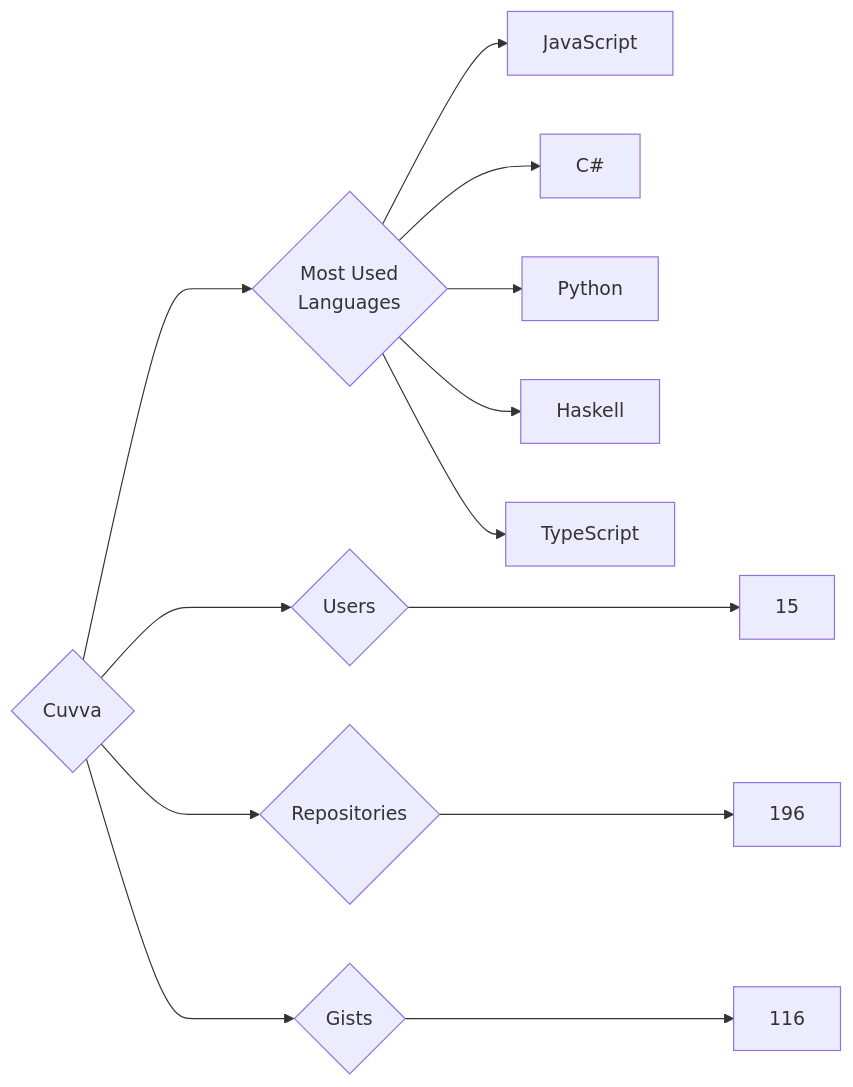
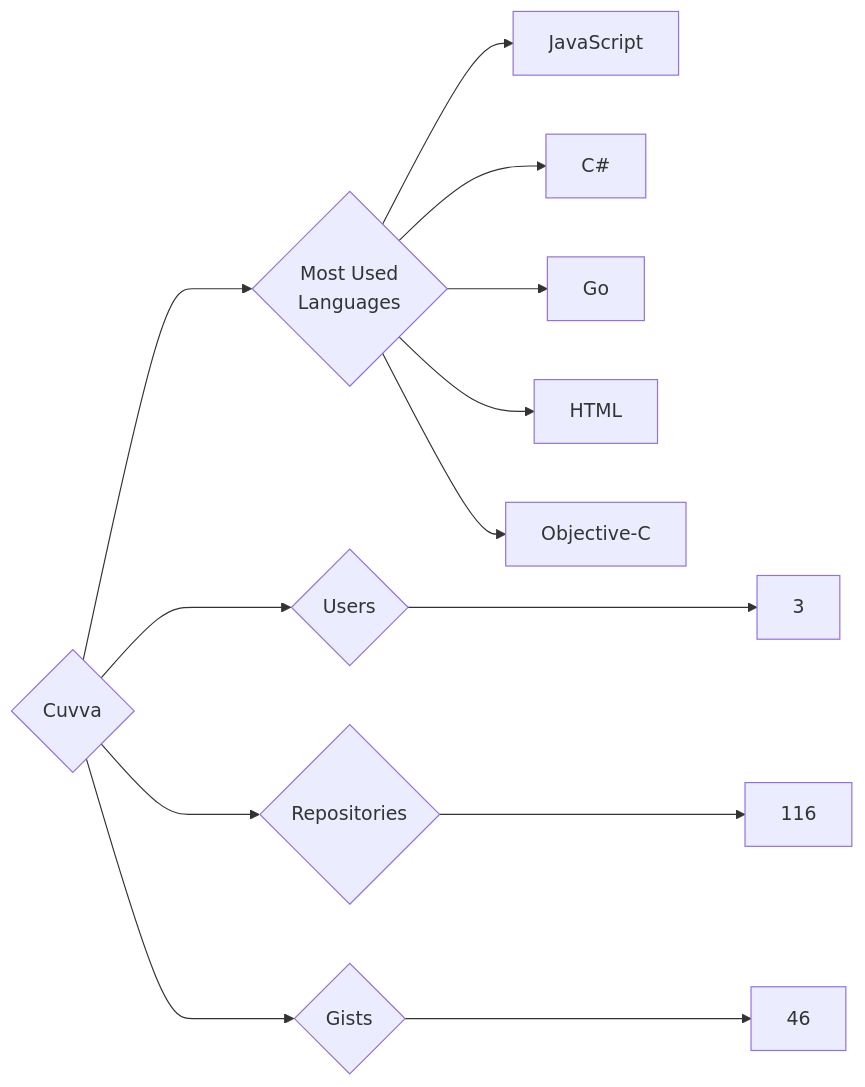
Before and after one commit to trickest/insiders: the diagram in targets/Cuvva/README.md, drawn with Mermaid. The commit also changed 914 other files, not shown here.

````diff
--- a/targets/Cuvva/README.md
+++ b/targets/Cuvva/README.md
@@ -3,13 +3,13 @@
 ```mermaid
 graph LR
 COMPANY_NAME{Cuvva}
-COMPANY_NAME ---> U{Users} ---> UN[15]
-COMPANY_NAME ---> R{Repositories} ---> RN[196]
-COMPANY_NAME ---> G{Gists} ---> GN[116]
+COMPANY_NAME ---> U{Users} ---> UN[3]
+COMPANY_NAME ---> R{Repositories} ---> RN[116]
+COMPANY_NAME ---> G{Gists} ---> GN[46]
 COMPANY_NAME ---> ML{Most Used<br>Languages}
 ML --> JavaScript[JavaScript]
 ML --> C#[C#]
-ML --> Python[Python]
-ML --> Haskell[Haskell]
-ML --> TypeScript[TypeScript]
+ML --> Go[Go]
+ML --> HTML[HTML]
+ML --> Objective-C[Objective-C]
 ```
````
